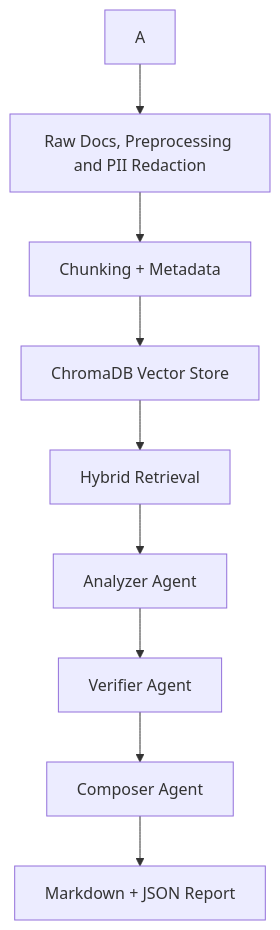
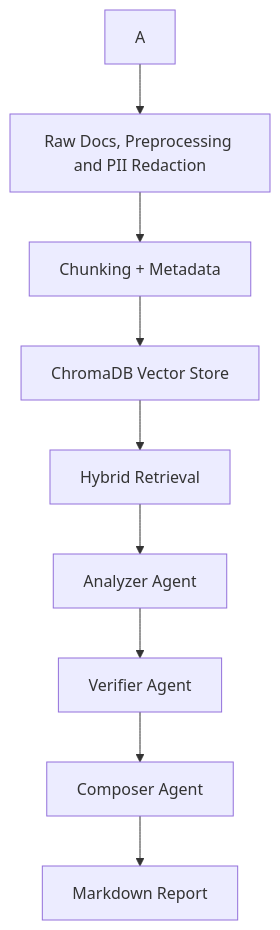
The diagram in AGENTS.md (ZeleMate/Multi-agent-Risk-Reporter-PoC), drawn with Mermaid before and after one commit. The commit also changed other lines of this file and 8 other files, not shown here.

````diff
--- a/AGENTS.md
+++ b/AGENTS.md
@@ -46,11 +46,11 @@
 ```mermaid
 graph TD
   A --> B[Raw Docs, Preprocessing and PII Redaction]
   B --> C[Chunking + Metadata]
   C --> D[ChromaDB Vector Store]
   D --> E[Hybrid Retrieval]
   E --> F[Analyzer Agent]
   F --> G[Verifier Agent]
   G --> H[Composer Agent]
-  H --> I[Markdown + JSON Report]
+  H --> I[Markdown Report]
 ```
````
